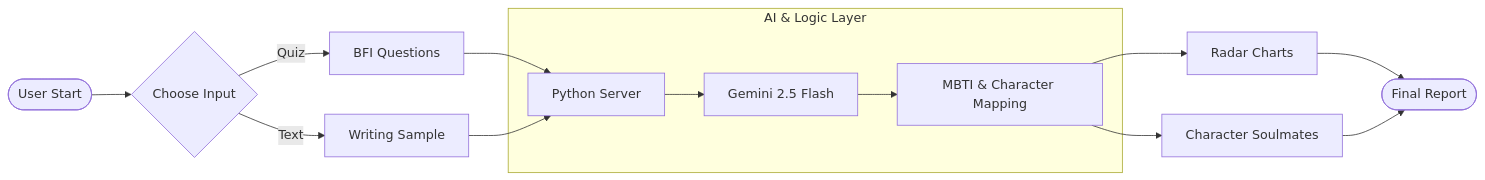
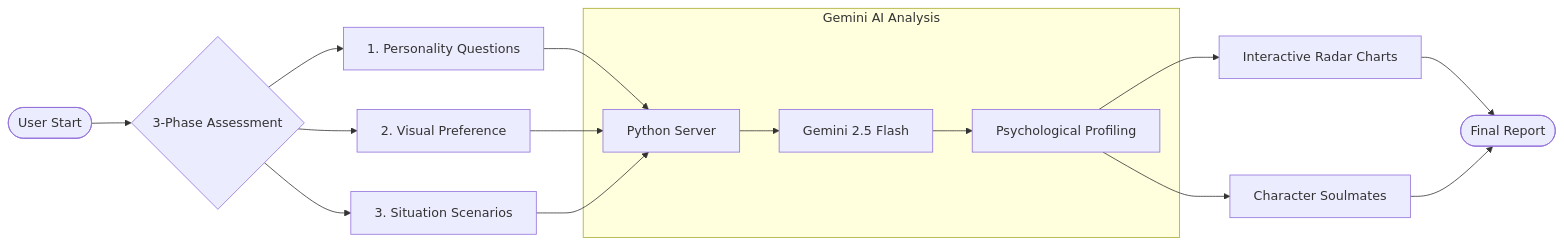
The third of 3 diagrams in README.md (nainika-2504/personality-analyzer), drawn with Mermaid before and after one commit. The commit also changed 1 other file, not shown here.

Commit message:
docs: update methodology to 3-phase assessment (Questions, Images, Scenarios)

````diff
--- a/README.md
+++ b/README.md
@@ -88,20 +88,23 @@
 ```mermaid
 flowchart LR
-    Start([User Start]) --> Input{Choose Input}
-    Input -->|Quiz| Q[BFI Questions]
-    Input -->|Text| W[Writing Sample]
+    Start([User Start]) --> Methods{3-Phase Assessment}
+    
+    Methods --> Q[1. Personality Questions]
+    Methods --> V[2. Visual Preference]
+    Methods --> S[3. Situation Scenarios]
     
     Q --> Srv[Python Server]
-    W --> Srv
+    V --> Srv
+    S --> Srv
     
-    subgraph AI_Engine [AI & Logic Layer]
+    subgraph AI_Engine [Gemini AI Analysis]
         Srv --> AI[Gemini 2.5 Flash]
-        AI --> Map[MBTI & Character Mapping]
+        AI --> Map[Psychological Profiling]
     end
     
-    Map --> Viz[Radar Charts]
+    Map --> Viz[Interactive Radar Charts]
     Map --> Soul[Character Soulmates]
     
     Viz --> End([Final Report])
     Soul --> End
 ```
````
